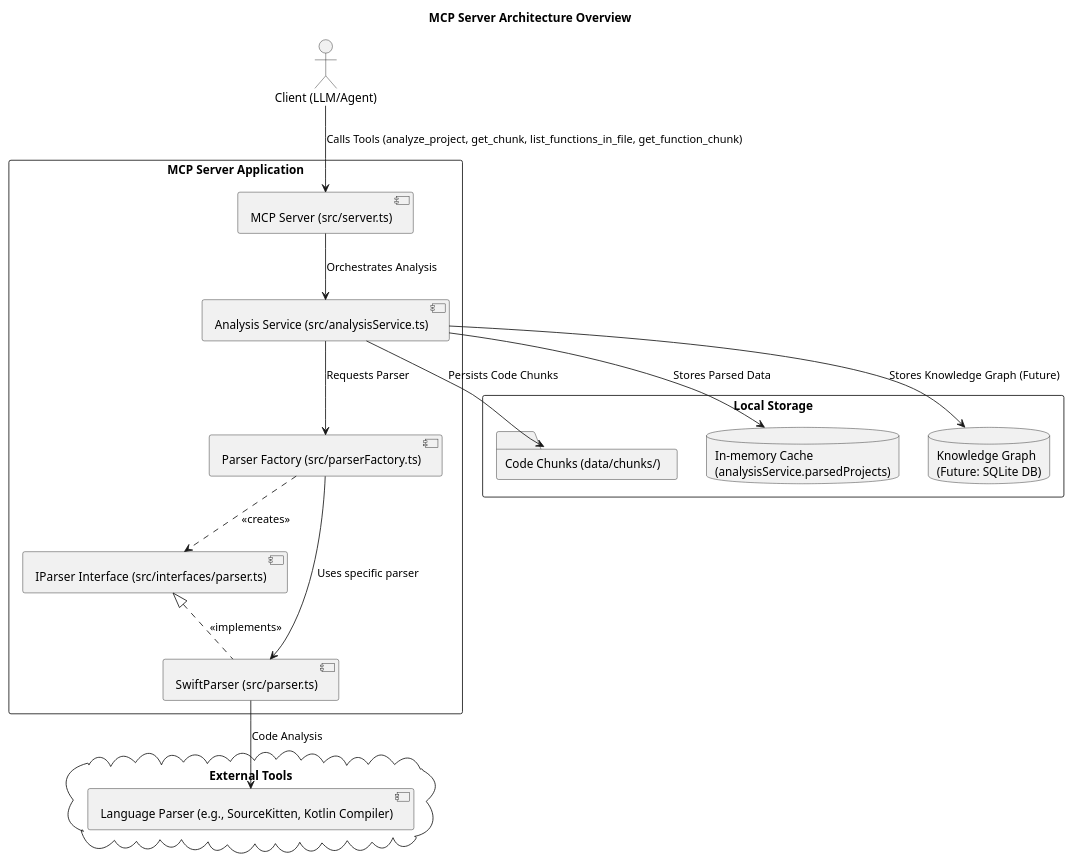
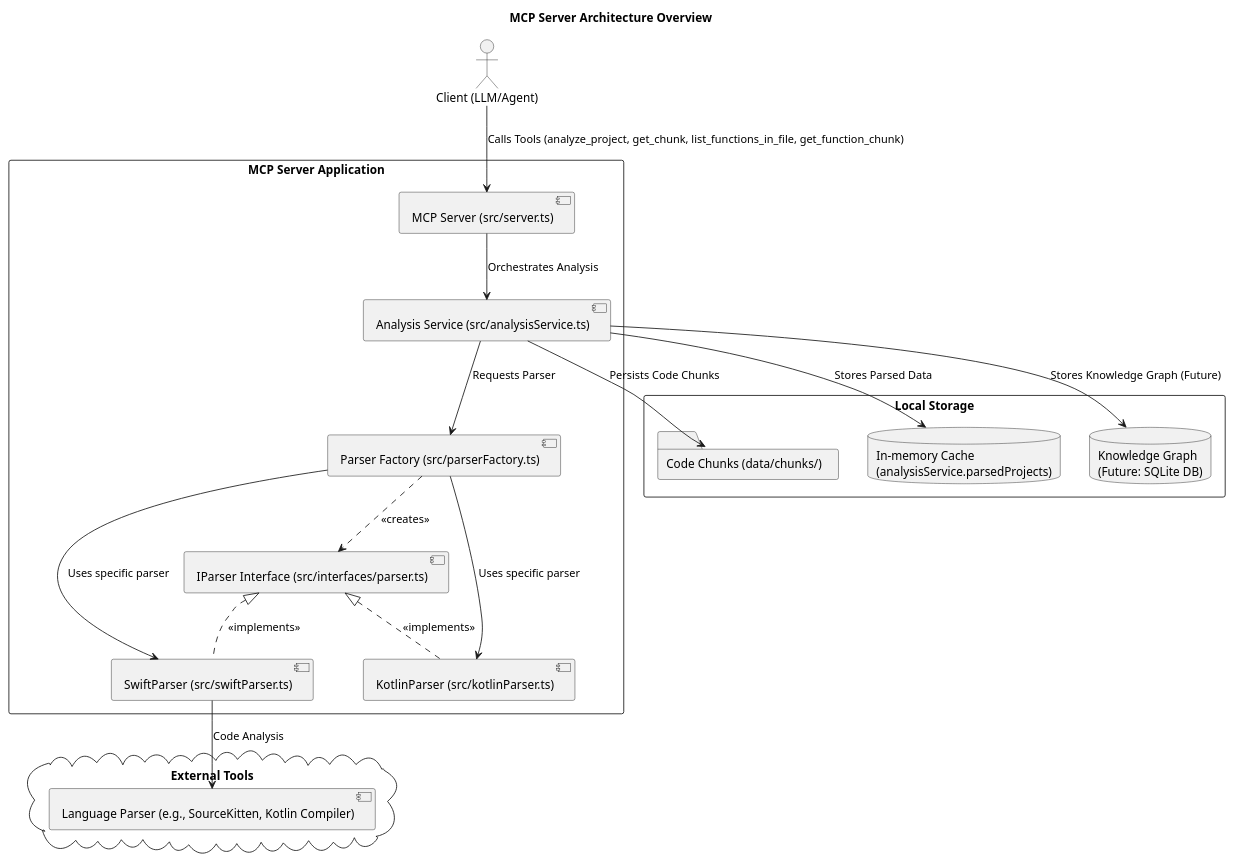
One commit to aoitan/project-analyzer-mcp changed the diagram in doc/architecture.md. Above: the diagram before and after it, drawn with PlantUML. The commit also changed other lines of this file and 2 other files, not shown here.

Commit message:
docs: README.mdとアーキテクチャドキュメントを最新化

````diff
--- a/doc/architecture.md
+++ b/doc/architecture.md
@@ -16,43 +16,46 @@
 ```plantuml
 @startuml
 
 skinparam packageStyle rectangle
 skinparam classAttributeIconSize 0
 
 title MCP Server Architecture Overview
 
 actor "Client (LLM/Agent)" as Client
 
 package "MCP Server Application" {
   [MCP Server (src/server.ts)] as Server
   [Analysis Service (src/analysisService.ts)] as AnalysisService
   [Parser Factory (src/parserFactory.ts)] as ParserFactory
   [IParser Interface (src/interfaces/parser.ts)] as IParser
-  [SwiftParser (src/parser.ts)] as SwiftParser
+  [SwiftParser (src/swiftParser.ts)] as SwiftParser
+  [KotlinParser (src/kotlinParser.ts)] as KotlinParser
 }
 
 package "Local Storage" {
   folder "Code Chunks (data/chunks/)" as ChunksStorage
   database "In-memory Cache\n(analysisService.parsedProjects)" as InMemoryCache
   database "Knowledge Graph\n(Future: SQLite DB)" as KnowledgeGraph
 }
 
 cloud "External Tools" {
   [Language Parser (e.g., SourceKitten, Kotlin Compiler)] as LanguageParser
 }
 
 Client --> Server : Calls Tools (analyze_project, get_chunk, list_functions_in_file, get_function_chunk)
 
 Server --> AnalysisService : Orchestrates Analysis
 AnalysisService --> ParserFactory : Requests Parser
 ParserFactory ..> IParser : <<creates>>
 SwiftParser .up.|> IParser : <<implements>>
+KotlinParser .up.|> IParser : <<implements>>
 ParserFactory --> SwiftParser : Uses specific parser
+ParserFactory --> KotlinParser : Uses specific parser
 SwiftParser --> LanguageParser : Code Analysis
 
 AnalysisService --> ChunksStorage : Persists Code Chunks
 AnalysisService --> InMemoryCache : Stores Parsed Data
 AnalysisService --> KnowledgeGraph : Stores Knowledge Graph (Future)
 
 @enduml
 ```
````
